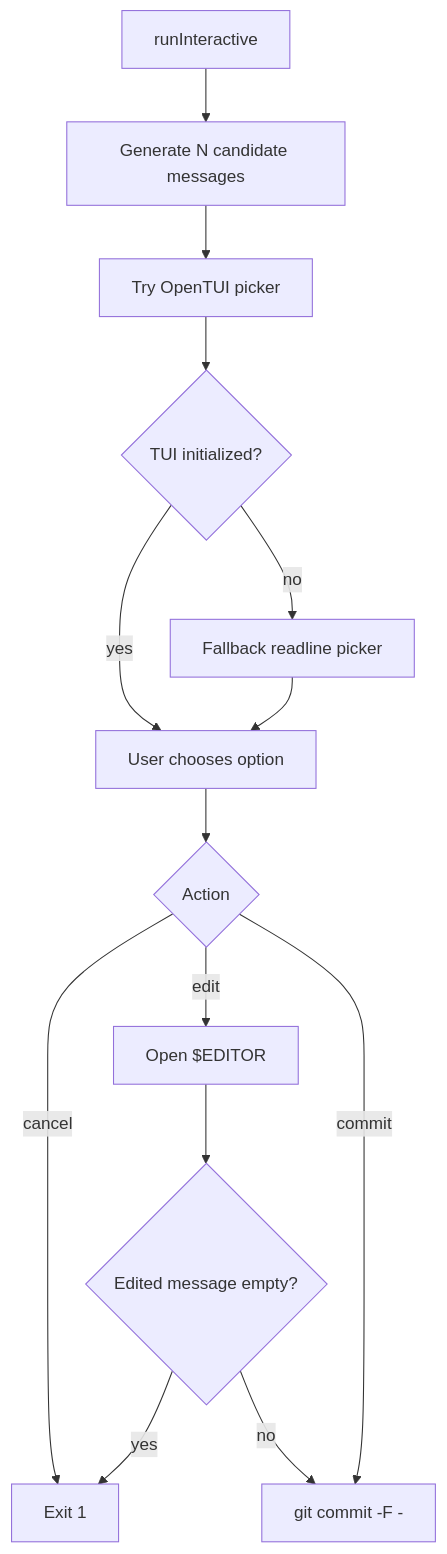
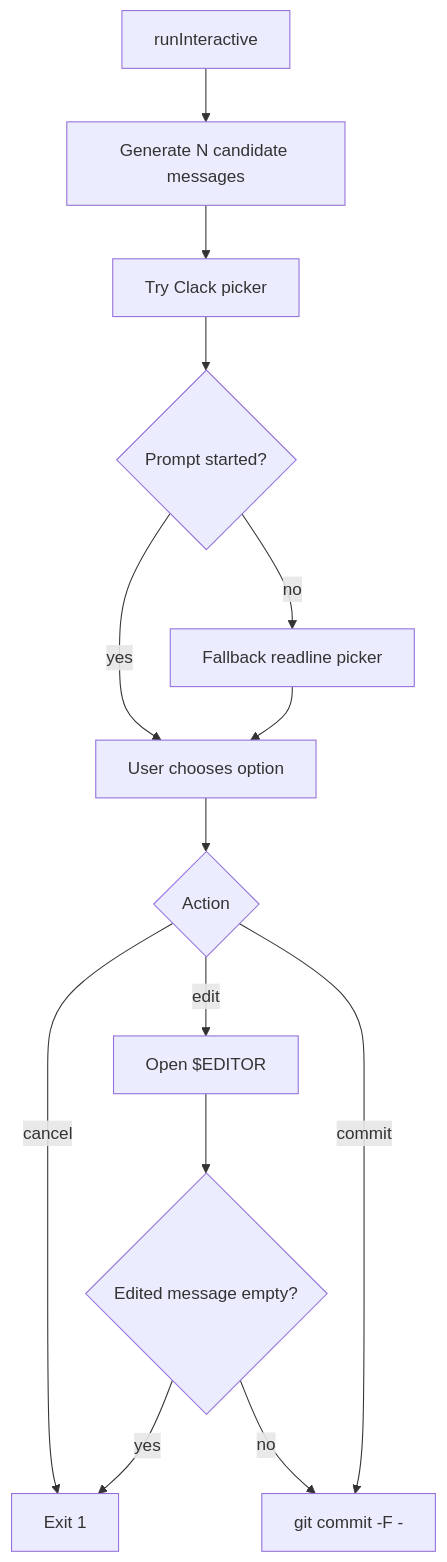
One commit to synmux/claude-commit changed the seventh of 7 diagrams in WALKTHROUGH.md. Above: the diagram before and after it, drawn with Mermaid. The commit also changed other lines of this file and 56 other files, not shown here.

````diff
--- a/WALKTHROUGH.md
+++ b/WALKTHROUGH.md
@@ -434,16 +440,16 @@
 ```mermaid
 flowchart TD
   start[runInteractive] --> gen[Generate N candidate messages]
-  gen --> tui[Try OpenTUI picker]
-  tui --> ok{TUI initialized?}
+  gen --> picker[Try Clack picker]
+  picker --> ok{Prompt started?}
   ok -- no --> readline[Fallback readline picker]
   ok -- yes --> choose[User chooses option]
   readline --> choose
   choose --> action{Action}
   action -- cancel --> abort[Exit 1]
   action -- edit --> editor[Open $EDITOR]
   editor --> empty{Edited message empty?}
   empty -- yes --> abort
   empty -- no --> commit
   action -- commit --> commit[git commit -F -]
 ```
````
